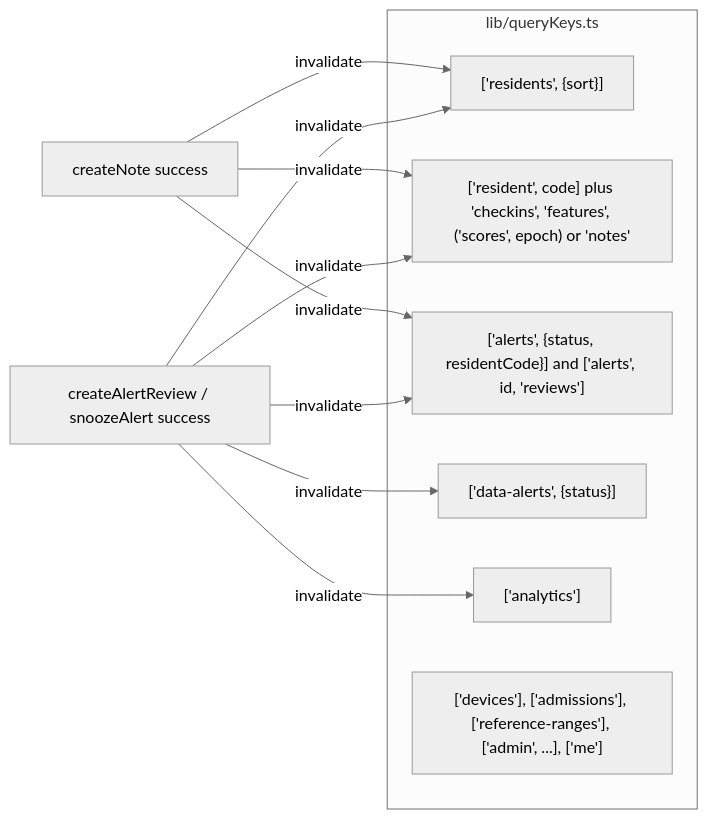
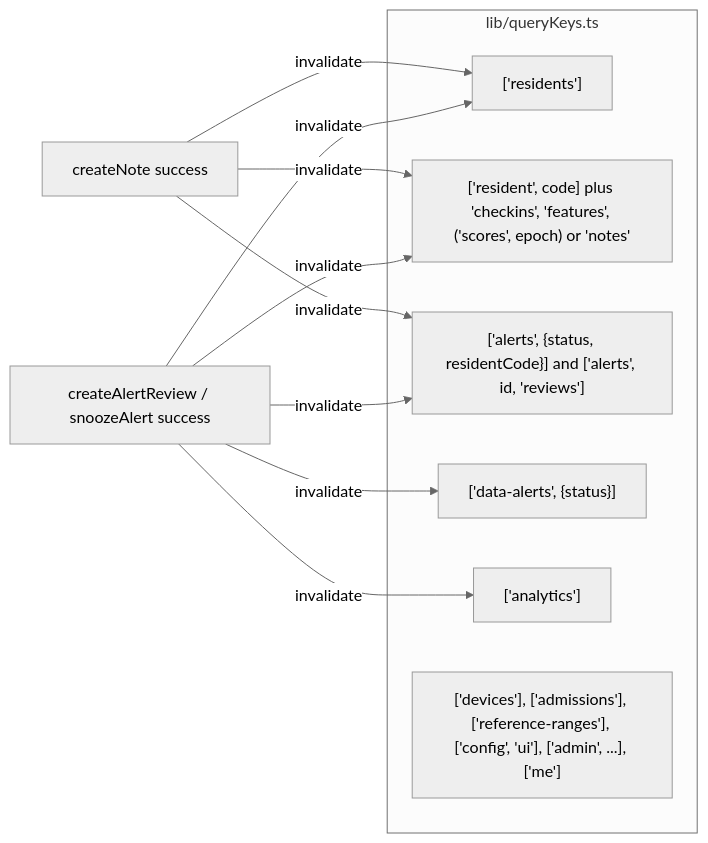
Before and after one commit to EchoWellApp/echowell: the third of 3 diagrams in docs/design/Frontend_Architecture.md, drawn with Mermaid (neutral theme). The commit also changed other lines of this file and 8 other files, not shown here.

````diff
--- a/docs/design/Frontend_Architecture.md
+++ b/docs/design/Frontend_Architecture.md
@@ -188,19 +206,19 @@
 ```mermaid
 flowchart LR
   subgraph Keys["lib/queryKeys.ts"]
-    K1["['residents', {sort}]"]
+    K1["['residents']"]
     K2["['resident', code] plus 'checkins', 'features', ('scores', epoch) or 'notes'"]
     K3["['alerts', {status, residentCode}] and ['alerts', id, 'reviews']"]
     K4["['data-alerts', {status}]"]
     K5["['analytics']"]
-    K6["['devices'], ['admissions'], ['reference-ranges'], ['admin', ...], ['me']"]
+    K6["['devices'], ['admissions'], ['reference-ranges'], ['config', 'ui'], ['admin', ...], ['me']"]
   end
   NOTE["createNote success"] -->|"invalidate"| K2
   NOTE -->|"invalidate"| K1
   NOTE -->|"invalidate"| K3
   REV["createAlertReview / snoozeAlert success"] -->|"invalidate"| K3
   REV -->|"invalidate"| K4
   REV -->|"invalidate"| K2
   REV -->|"invalidate"| K1
   REV -->|"invalidate"| K5
 ```
````
